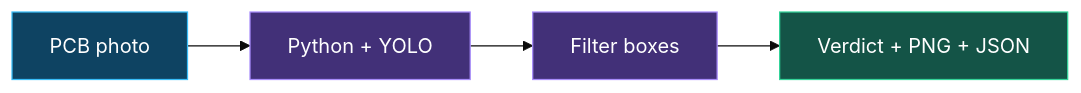
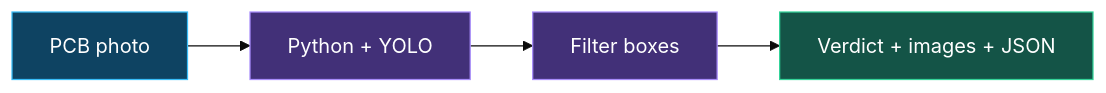
One commit to AhmadElkady/Circuit-Check-AI changed the first of 3 diagrams in README.md. Above: the diagram before and after it, drawn with Mermaid (base theme). The commit also changed other lines of this file and 14 other files, not shown here.

````diff
--- a/README.md
+++ b/README.md
@@ -54,12 +58,12 @@
 ```mermaid
 flowchart LR
   A["PCB photo"] --> B["Python + YOLO"]
   B --> C["Filter boxes"]
-  C --> D["Verdict + PNG + JSON"]
+  C --> D["Verdict + images + JSON"]
   classDef input fill:#0e4362,stroke:#38bdf8,color:#ffffff
   classDef detection fill:#423078,stroke:#a78bfa,color:#ffffff
   classDef result fill:#145447,stroke:#34d399,color:#ffffff
   class A input
   class B,C detection
   class D result
 ```
````
